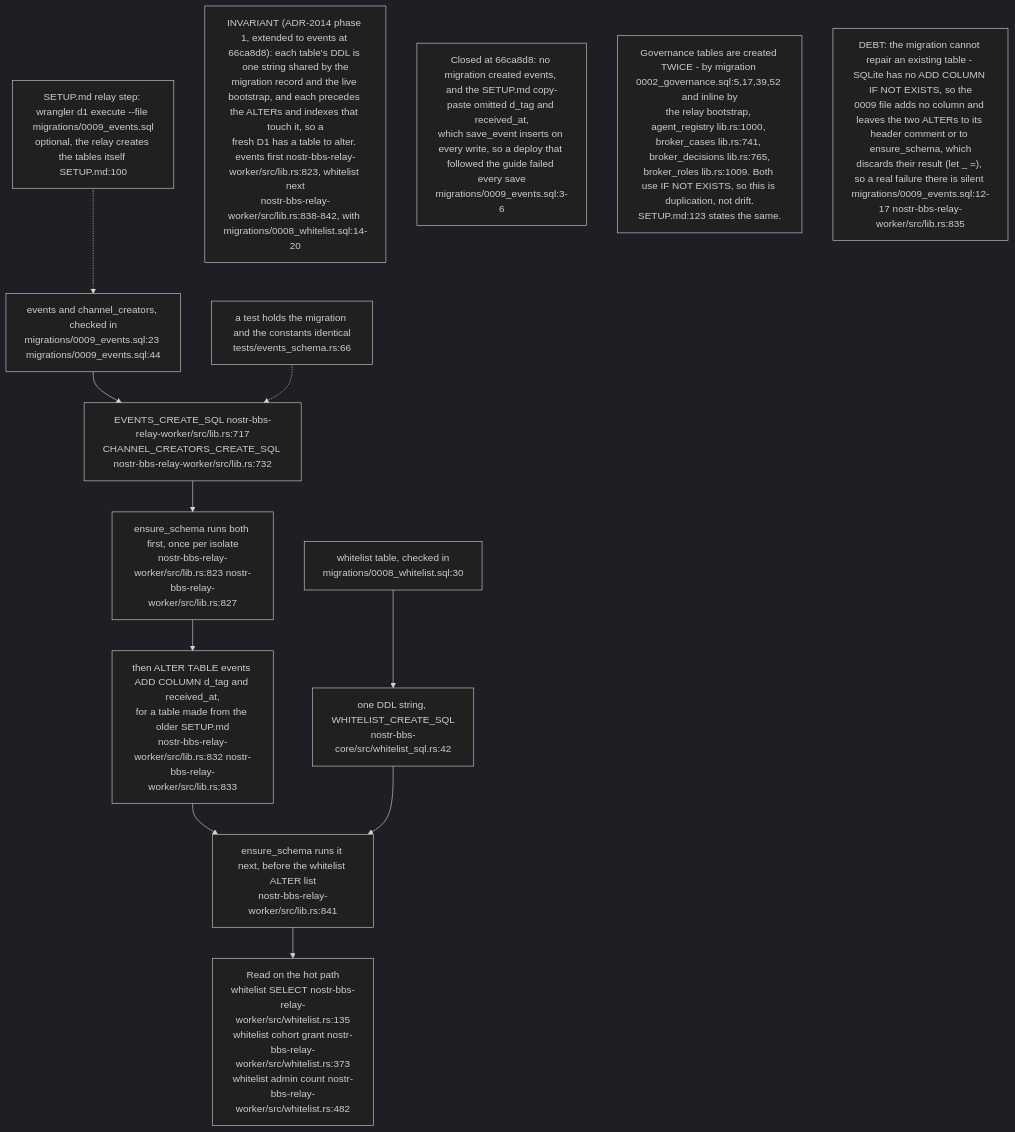
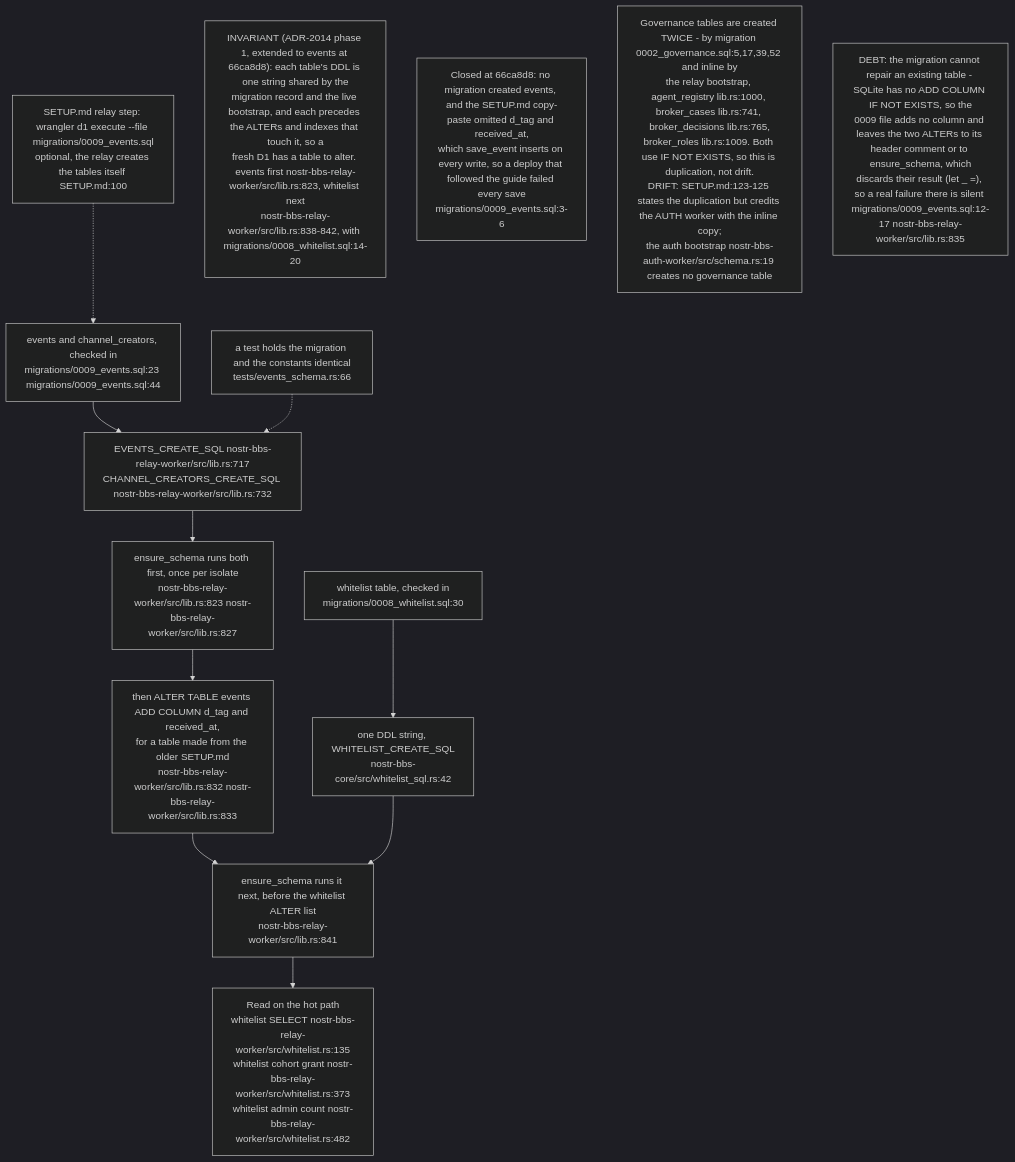
Before and after one commit to DreamLab-AI/VisionFlow: the sixth of 9 diagrams in docs/diagrams/nostr-rust-forum/08-config-zones-stores-and-admin-authority.md, drawn with Mermaid (dark theme). The commit also changed other lines of this file and 91 other files, not shown here.

````diff
--- a/docs/diagrams/nostr-rust-forum/08-config-zones-stores-and-admin-authority.md
+++ b/docs/diagrams/nostr-rust-forum/08-config-zones-stores-and-admin-authority.md
@@ -199,26 +201,26 @@
 ```mermaid
 flowchart TB
     SETUP["SETUP.md relay step: wrangler d1 execute --file migrations/0009_events.sql<br/>optional, the relay creates the tables itself SETUP.md:100"]
     MIGE["events and channel_creators, checked in<br/>migrations/0009_events.sql:23 migrations/0009_events.sql:44"]
     CONSTE["EVENTS_CREATE_SQL nostr-bbs-relay-worker/src/lib.rs:717<br/>CHANNEL_CREATORS_CREATE_SQL nostr-bbs-relay-worker/src/lib.rs:732"]
     TEST["a test holds the migration and the constants identical<br/>tests/events_schema.rs:66"]
     ENSE["ensure_schema runs both first, once per isolate<br/>nostr-bbs-relay-worker/src/lib.rs:823 nostr-bbs-relay-worker/src/lib.rs:827"]
     ALT["then ALTER TABLE events ADD COLUMN d_tag and received_at,<br/>for a table made from the older SETUP.md<br/>nostr-bbs-relay-worker/src/lib.rs:832 nostr-bbs-relay-worker/src/lib.rs:833"]
     MIG["whitelist table, checked in<br/>migrations/0008_whitelist.sql:30"]
     CORE["one DDL string, WHITELIST_CREATE_SQL<br/>nostr-bbs-core/src/whitelist_sql.rs:42"]
     ENS["ensure_schema runs it next, before the whitelist ALTER list<br/>nostr-bbs-relay-worker/src/lib.rs:841"]
     READERS["Read on the hot path<br/>whitelist SELECT nostr-bbs-relay-worker/src/whitelist.rs:135<br/>whitelist cohort grant nostr-bbs-relay-worker/src/whitelist.rs:373<br/>whitelist admin count nostr-bbs-relay-worker/src/whitelist.rs:482"]
 
     SETUP -.-> MIGE
     MIGE --> CONSTE
     TEST -.-> CONSTE
     CONSTE --> ENSE --> ALT --> ENS
     MIG --> CORE
     CORE --> ENS
     ENS --> READERS
 
     N1["INVARIANT (ADR-2014 phase 1, extended to events at 66ca8d8): each table's DDL is one string shared by the<br/>migration record and the live bootstrap, and each precedes the ALTERs and indexes that touch it, so a<br/>fresh D1 has a table to alter. events first nostr-bbs-relay-worker/src/lib.rs:823, whitelist next<br/>nostr-bbs-relay-worker/src/lib.rs:838-842, with migrations/0008_whitelist.sql:14-20"]
     N2["Closed at 66ca8d8: no migration created events, and the SETUP.md copy-paste omitted d_tag and received_at,<br/>which save_event inserts on every write, so a deploy that followed the guide failed every save<br/>migrations/0009_events.sql:3-6"]
-    N3["Governance tables are created TWICE - by migration 0002_governance.sql:5,17,39,52 and inline by<br/>the relay bootstrap, agent_registry lib.rs:1000, broker_cases lib.rs:741, broker_decisions lib.rs:765,<br/>broker_roles lib.rs:1009. Both use IF NOT EXISTS, so this is duplication, not drift.<br/>SETUP.md:123 states the same."]
+    N3["Governance tables are created TWICE - by migration 0002_governance.sql:5,17,39,52 and inline by<br/>the relay bootstrap, agent_registry lib.rs:1000, broker_cases lib.rs:741, broker_decisions lib.rs:765,<br/>broker_roles lib.rs:1009. Both use IF NOT EXISTS, so this is duplication, not drift.<br/>DRIFT: SETUP.md:123-125 states the duplication but credits the AUTH worker with the inline copy;<br/>the auth bootstrap nostr-bbs-auth-worker/src/schema.rs:19 creates no governance table"]
     N4["DEBT: the migration cannot repair an existing table - SQLite has no ADD COLUMN IF NOT EXISTS, so the<br/>0009 file adds no column and leaves the two ALTERs to its header comment or to ensure_schema, which<br/>discards their result (let _ =), so a real failure there is silent migrations/0009_events.sql:12-17 nostr-bbs-relay-worker/src/lib.rs:835"]
 ```
````
